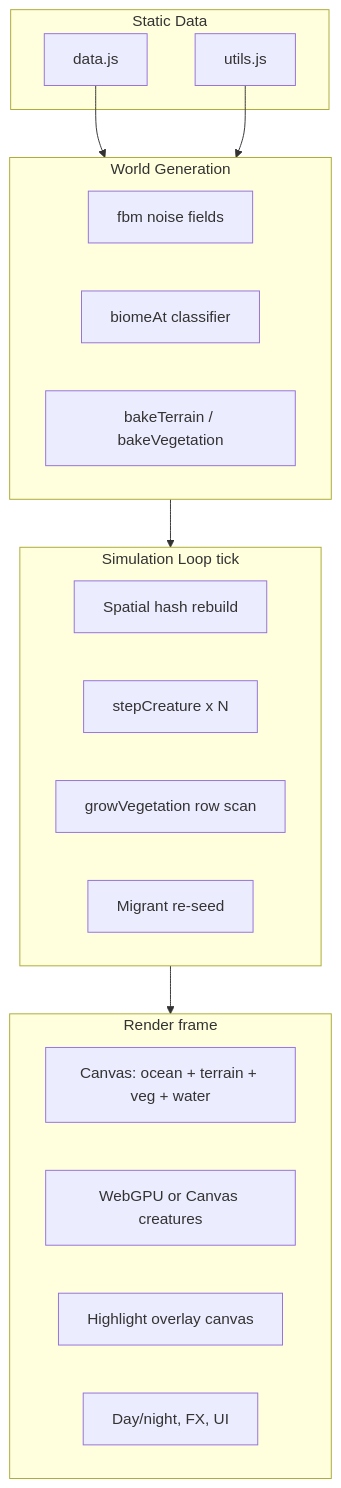
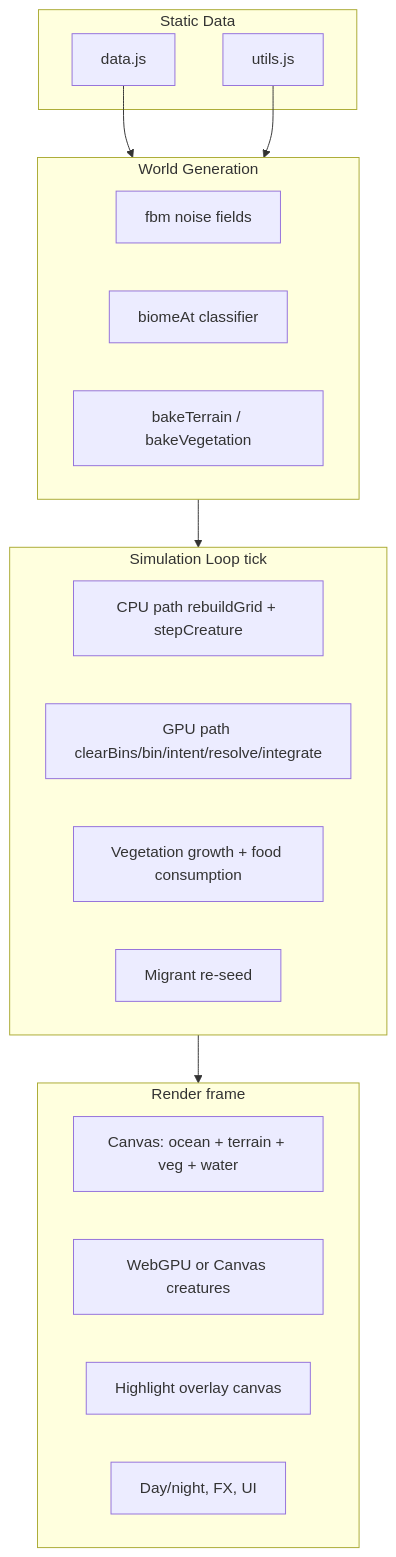
The diagram in AGENTS.md (cashgarman/EcoSim), drawn with Mermaid before and after one commit. The commit also changed other lines of this file and 11 other files, not shown here.

First line of the commit message:
add GPU compute simulation backend with CPU fallback

````diff
--- a/AGENTS.md
+++ b/AGENTS.md
@@ -46,28 +48,28 @@
 ```mermaid
 flowchart TB
   subgraph data [Static Data]
     datajs[data.js]
     utilsjs[utils.js]
   end
   subgraph gen [World Generation]
     fbm[fbm noise fields]
     biomeAt[biomeAt classifier]
     bake[bakeTerrain / bakeVegetation]
   end
   subgraph sim [Simulation Loop tick]
-    grid[Spatial hash rebuild]
-    creatures[stepCreature x N]
-    veg[growVegetation row scan]
+    cpuPath[CPU path rebuildGrid + stepCreature]
+    gpuPath[GPU path clearBins/bin/intent/resolve/integrate]
+    veg[Vegetation growth + food consumption]
     migrant[Migrant re-seed]
   end
   subgraph render [Render frame]
     terrain[Canvas: ocean + terrain + veg + water]
     gpu[WebGPU or Canvas creatures]
     highlights[Highlight overlay canvas]
     overlay[Day/night, FX, UI]
   end
   datajs --> gen
   utilsjs --> gen
   gen --> sim
   sim --> render
 ```
````
